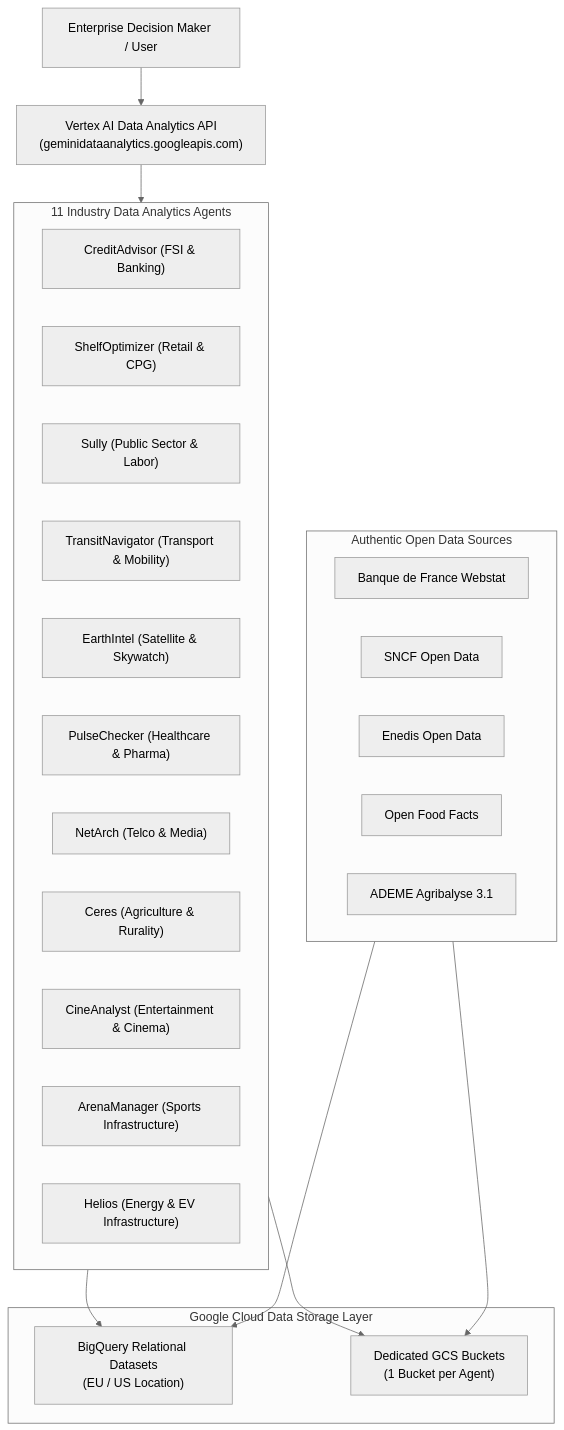
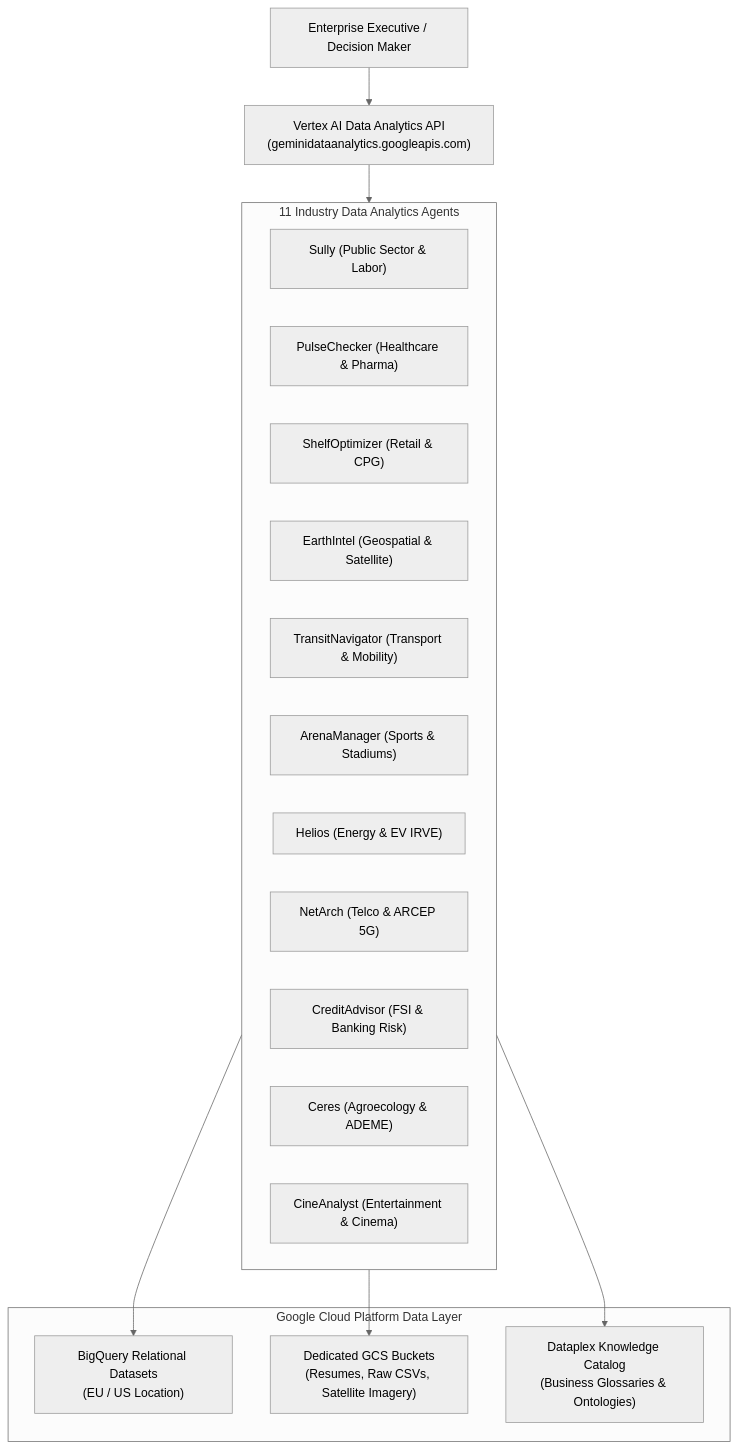
The diagram in README.md (ken-william/Data-Agents-By-Industry), drawn with Mermaid (neutral theme) before and after one commit. The commit also changed other lines of this file and 2 other files, not shown here.

Commit message:
docs: overhaul main README.md and create agents/README.md with 1-click install guide, ROI value proposition, and agent specs

````diff
--- a/README.md
+++ b/README.md
@@ -9,39 +23,30 @@
 ```mermaid
 flowchart TD
-    User["Enterprise Decision Maker / User"] --> AnalyticsAPI["Vertex AI Data Analytics API\n(geminidataanalytics.googleapis.com)"]
+    User["Enterprise Executive / Decision Maker"] --> AnalyticsAPI["Vertex AI Data Analytics API\n(geminidataanalytics.googleapis.com)"]
     
     subgraph Agents["11 Industry Data Analytics Agents"]
-        CA["CreditAdvisor (FSI & Banking)"]
+        SU["Sully (Public Sector & Labor)"]
+        PC["PulseChecker (Healthcare & Pharma)"]
         SO["ShelfOptimizer (Retail & CPG)"]
-        SU["Sully (Public Sector & Labor)"]
+        EI["EarthIntel (Geospatial & Satellite)"]
         TN["TransitNavigator (Transport & Mobility)"]
-        EI["EarthIntel (Satellite & Skywatch)"]
-        PC["PulseChecker (Healthcare & Pharma)"]
-        NA["NetArch (Telco & Media)"]
-        CE["Ceres (Agriculture & Rurality)"]
+        AM["ArenaManager (Sports & Stadiums)"]
+        HE["Helios (Energy & EV IRVE)"]
+        NA["NetArch (Telco & ARCEP 5G)"]
+        CA["CreditAdvisor (FSI & Banking Risk)"]
+        CE["Ceres (Agroecology & ADEME)"]
         CI["CineAnalyst (Entertainment & Cinema)"]
-        AM["ArenaManager (Sports Infrastructure)"]
-        HE["Helios (Energy & EV Infrastructure)"]
     end
 
     AnalyticsAPI --> Agents
     
-    subgraph DataStorage["Google Cloud Data Storage Layer"]
+    subgraph DataStorage["Google Cloud Platform Data Layer"]
         BQ["BigQuery Relational Datasets\n(EU / US Location)"]
-        GCS["Dedicated GCS Buckets\n(1 Bucket per Agent)"]
+        GCS["Dedicated GCS Buckets\n(Resumes, Raw CSVs, Satellite Imagery)"]
+        DP["Dataplex Knowledge Catalog\n(Business Glossaries & Ontologies)"]
     end
 
     Agents --> BQ
     Agents --> GCS
-    
-    subgraph OpenData["Authentic Open Data Sources"]
-        BDF["Banque de France Webstat"]
-        SNCF["SNCF Open Data"]
-        ENEDIS["Enedis Open Data"]
-        OFF["Open Food Facts"]
-        ADEME["ADEME Agribalyse 3.1"]
-    end
-
-    OpenData --> BQ
-    OpenData --> GCS
+    Agents --> DP
 ```
````
